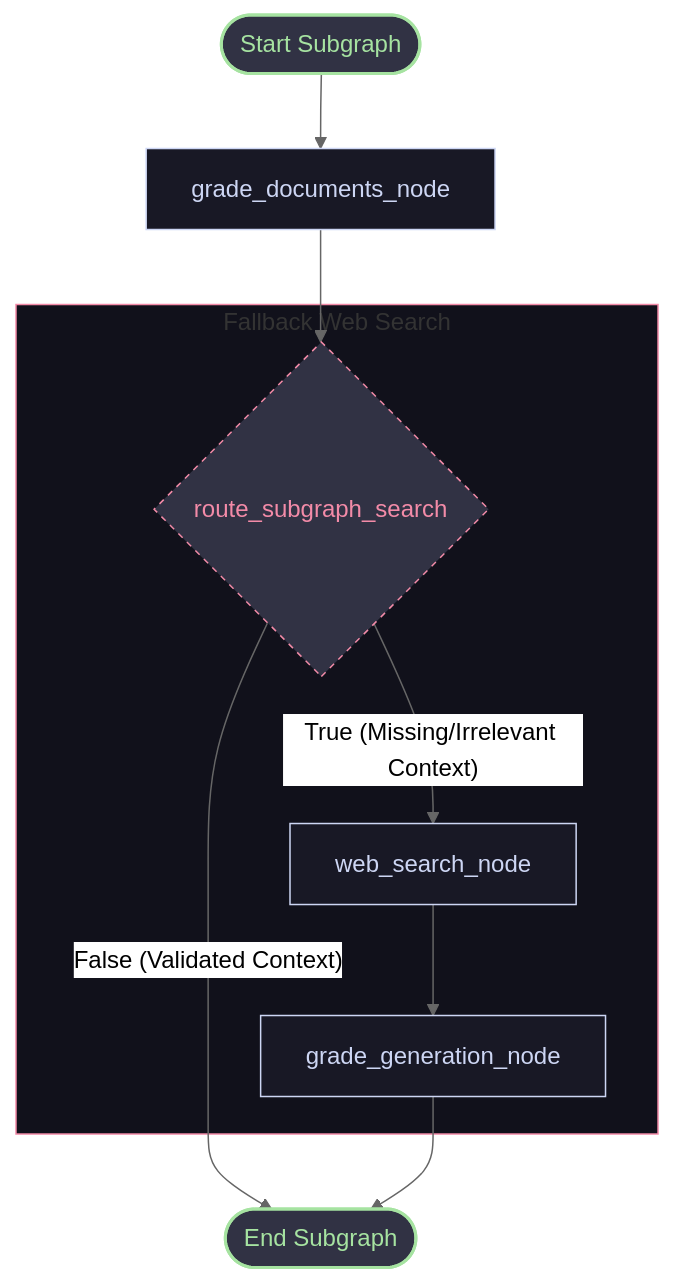
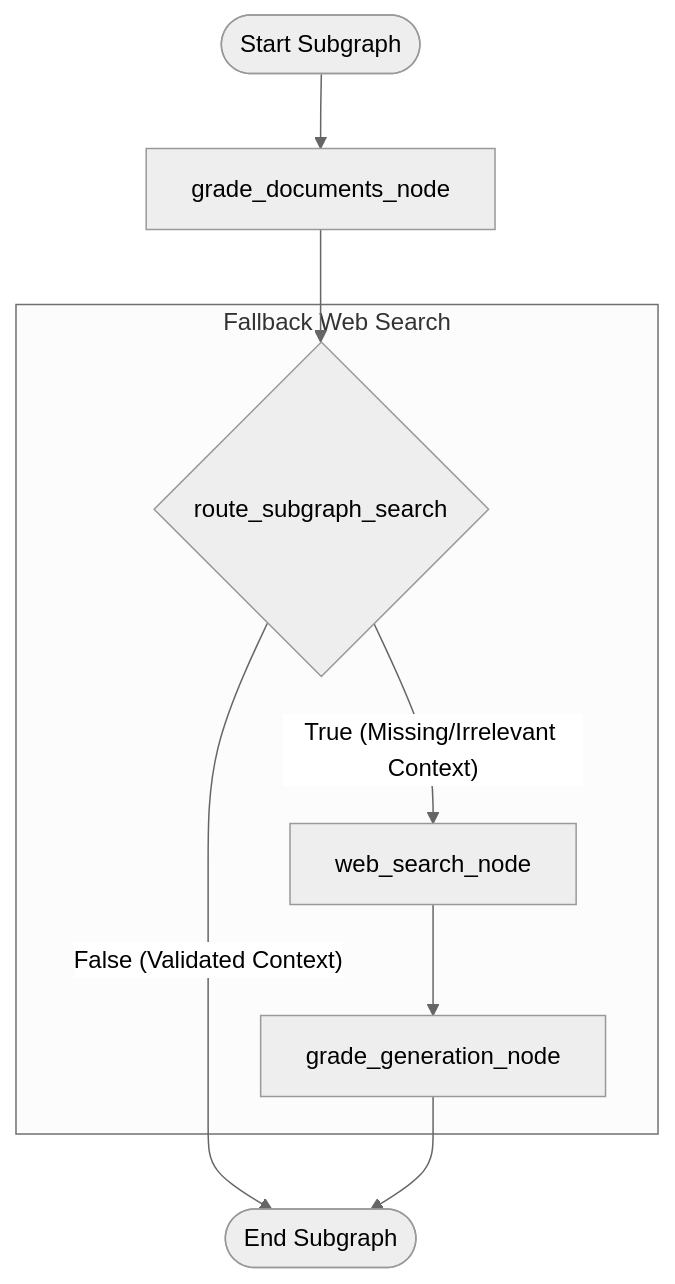
The third of 3 diagrams in README.md (Somay-kousis/Co-Founder-Memory), drawn with Mermaid (neutral theme) before and after one commit. The commit also changed other lines of this file, not shown here.

Commit message:
README: plain Mermaid diagrams, stack badges

````diff
--- a/README.md
+++ b/README.md
@@ -149,19 +136,13 @@
 ```mermaid
 flowchart TD
-    classDef default fill:#181825,stroke:#cdd6f4,stroke-width:1px,color:#cdd6f4;
-    classDef startEnd fill:#313244,stroke:#a6e3a1,stroke-width:2px,color:#a6e3a1;
-    classDef routeNode fill:#313244,stroke:#f38ba8,stroke-width:1px,stroke-dasharray: 4 4,color:#f38ba8;
-
-    START([Start Subgraph]):::startEnd --> GradeDocs[grade_documents_node]
-    GradeDocs --> RouteSearch{route_subgraph_search}:::routeNode
+    START([Start Subgraph]) --> GradeDocs[grade_documents_node]
+    GradeDocs --> RouteSearch{route_subgraph_search}
     
     subgraph FallbackLoop [Fallback Web Search]
         RouteSearch -- "True (Missing/Irrelevant Context)" --> WebSearch[web_search_node]
         WebSearch --> GradeGen[grade_generation_node]
     end
     
-    RouteSearch -- "False (Validated Context)" --> END([End Subgraph]):::startEnd
+    RouteSearch -- "False (Validated Context)" --> END([End Subgraph])
     GradeGen --> END
-
-    style FallbackLoop fill:#11111b,stroke:#f38ba8,stroke-width:1px;
 ```
````
